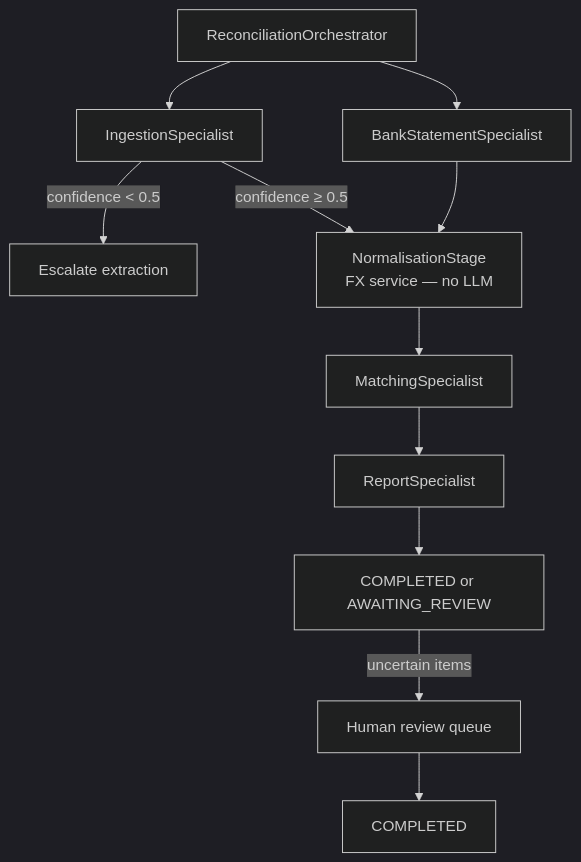
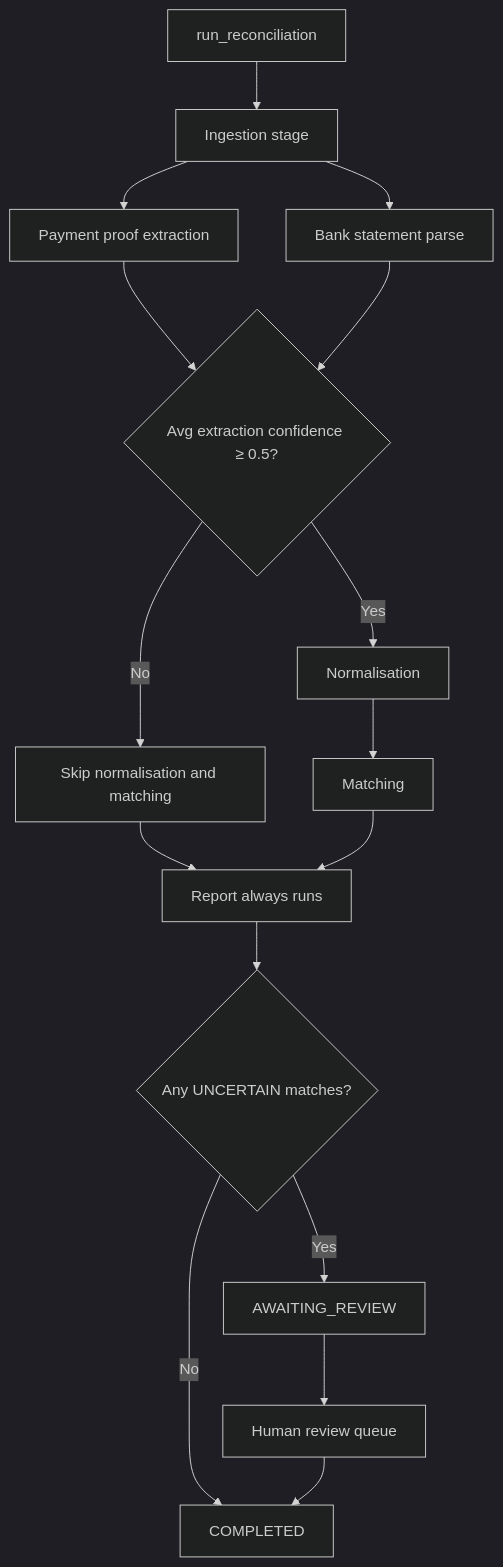
The second of 2 diagrams in docs/architecture.md (adamchok/Aria), drawn with Mermaid (dark theme) before and after one commit. The commit also changed other lines of this file and 8 other files, not shown here.

````diff
--- a/docs/architecture.md
+++ b/docs/architecture.md
@@ -74,13 +76,18 @@
 ```mermaid
 flowchart TD
-  ORCH[ReconciliationOrchestrator] --> IN[IngestionSpecialist]
-  ORCH --> BS[BankStatementSpecialist]
-  IN -->|confidence &lt; 0.5| ESC[Escalate extraction]
-  IN -->|confidence ≥ 0.5| NO[NormalisationStage\nFX service — no LLM]
-  BS --> NO
-  NO --> MA[MatchingSpecialist]
-  MA --> RE[ReportSpecialist]
-  RE --> END[COMPLETED or AWAITING_REVIEW]
-  END -->|uncertain items| HR[Human review queue]
-  HR --> COMP[COMPLETED]
+  START[run_reconciliation] --> ING[Ingestion stage]
+  ING --> IN[Payment proof extraction]
+  ING --> BS[Bank statement parse]
+  IN --> GATE{Avg extraction confidence ≥ 0.5?}
+  BS --> GATE
+  GATE -->|No| SKIP[Skip normalisation and matching]
+  GATE -->|Yes| NO[Normalisation]
+  NO --> MA[Matching]
+  SKIP --> RE[Report always runs]
+  MA --> RE
+  RE --> END{Any UNCERTAIN matches?}
+  END -->|Yes| AR[AWAITING_REVIEW]
+  END -->|No| COMP[COMPLETED]
+  AR --> HR[Human review queue]
+  HR --> COMP
 ```
````
